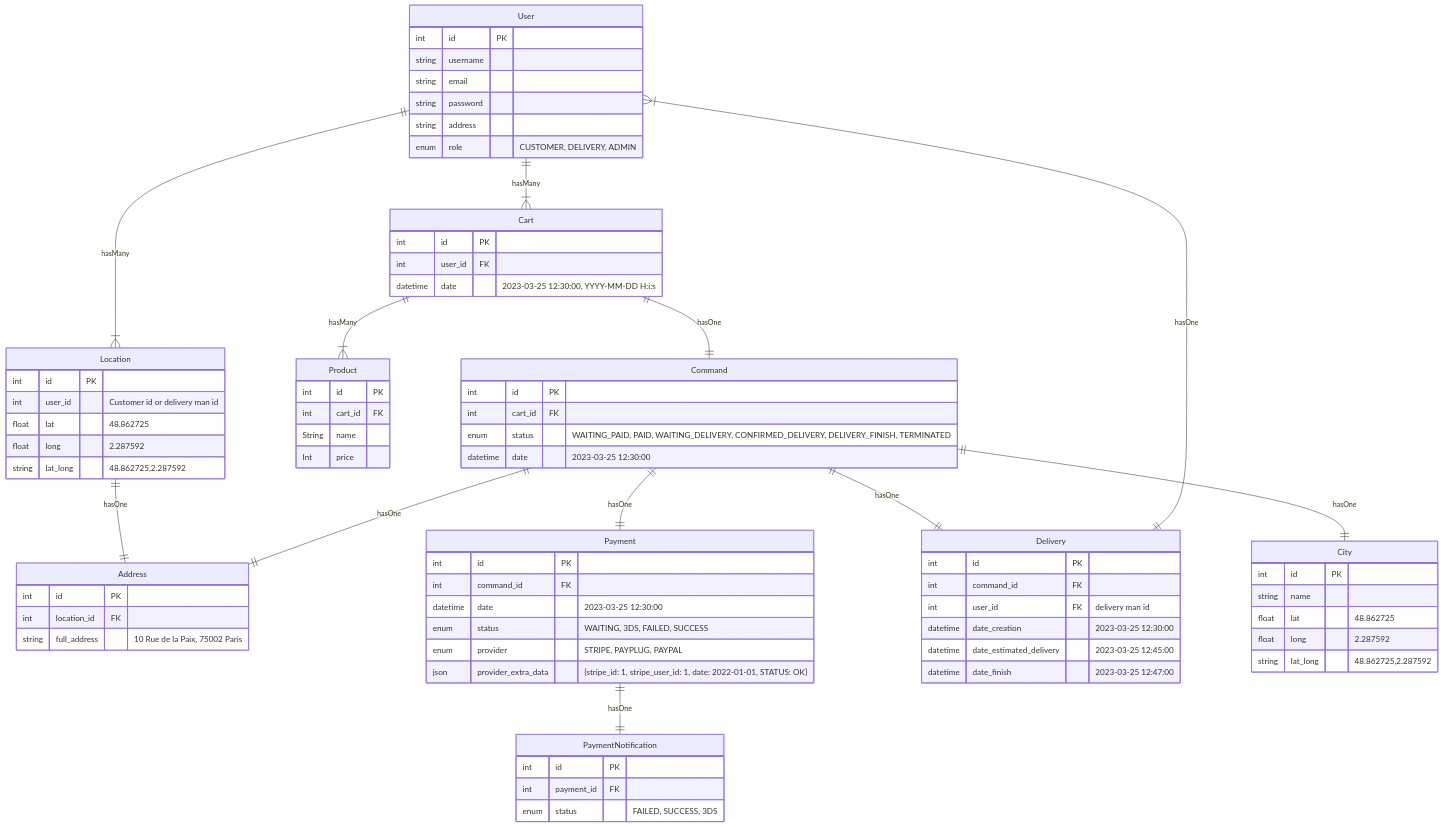
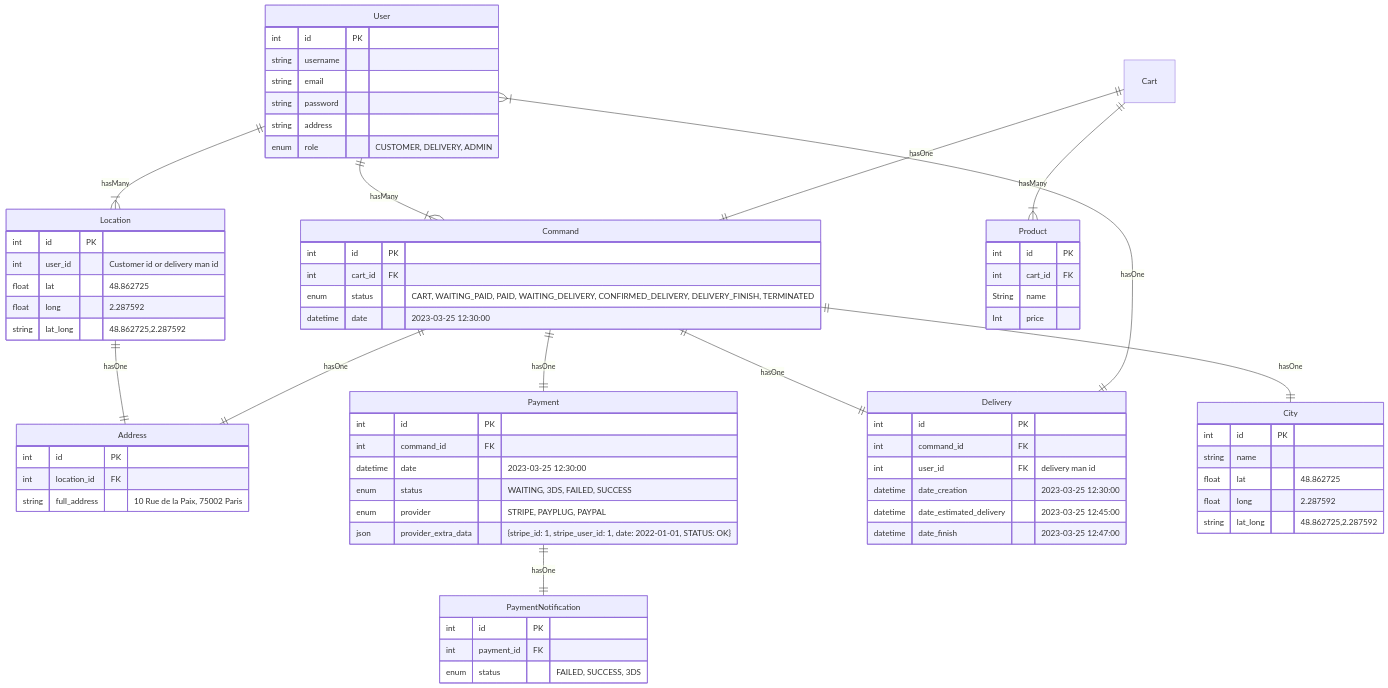
Before and after one commit to joussin/app_marque_blanche: the first of 7 diagrams in src/readme.md, drawn with Mermaid. The commit also changed other lines of this file, not shown here.

```diff
--- a/src/readme.md
+++ b/src/readme.md
@@ -64,7 +63,7 @@
 erDiagram
     User ||--|{ Location : hasMany
     Location ||--|| Address : hasOne
-    User ||--|{ Cart : hasMany
+    User ||--|{ Command : hasMany
     
     Cart ||--|{ Product : hasMany
     Cart ||--|| Command : hasOne
@@ -120,16 +119,11 @@
 		Int price  
 	}
     
-    Cart {
-	     int id PK
-	     int user_id FK
-	     datetime date "2023-03-25 12:30:00, YYYY-MM-DD H:i:s"
-	}
-    
+
     Command {
         int id PK
         int cart_id FK
-        enum status "WAITING_PAID, PAID, WAITING_DELIVERY, CONFIRMED_DELIVERY, DELIVERY_FINISH, TERMINATED"
+        enum status "CART, WAITING_PAID, PAID, WAITING_DELIVERY, CONFIRMED_DELIVERY, DELIVERY_FINISH, TERMINATED"
         datetime date "2023-03-25 12:30:00"
 	}
     
```
